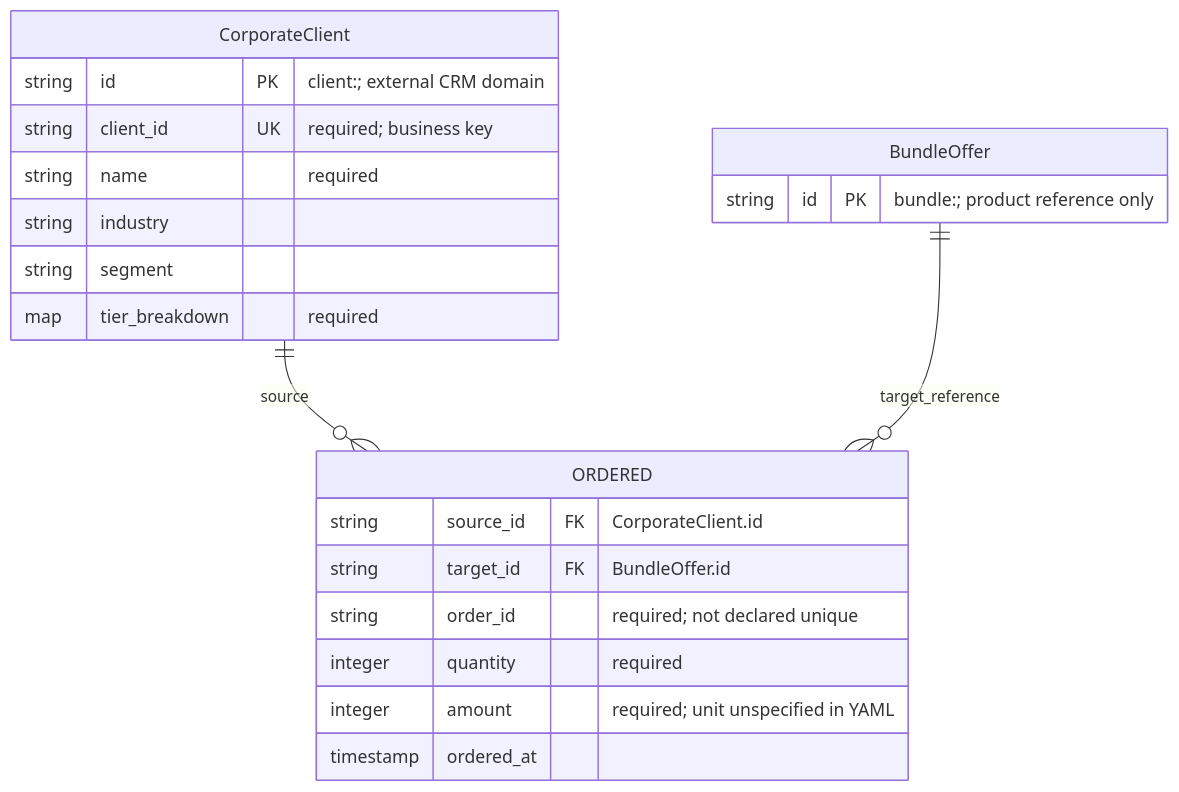
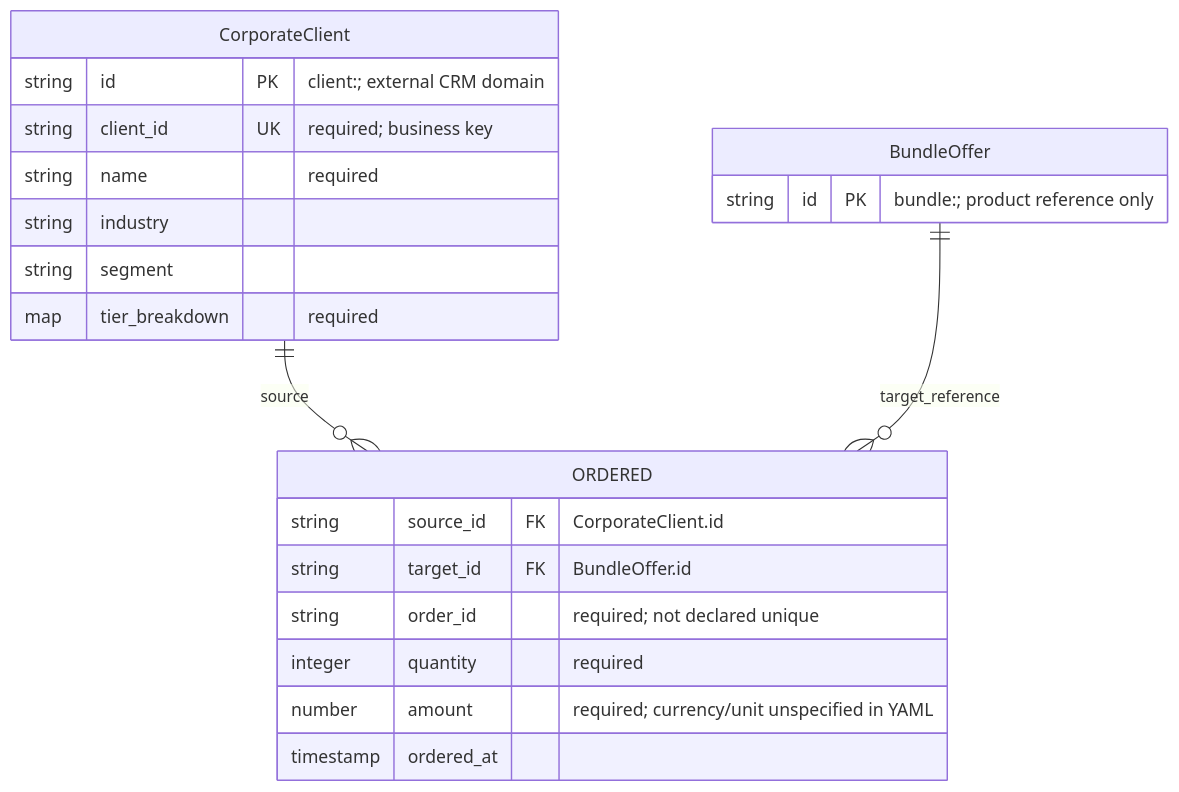
One commit to Freshair129/TN001B01-SmartGift changed the second of 2 diagrams in docs/specs/ERD-SMARTGIFT-GENESISBLOCK.md. Above: the diagram before and after it, drawn with Mermaid. The commit also changed other lines of this file, not shown here.

First line of the commit message:
docs(erd): review pass 0.1.1b — fix ORDERED.amount type, add schema notes

````diff
--- a/docs/specs/ERD-SMARTGIFT-GENESISBLOCK.md
+++ b/docs/specs/ERD-SMARTGIFT-GENESISBLOCK.md
@@ -136,24 +139,24 @@
 ```mermaid
 erDiagram
     CorporateClient ||--o{ ORDERED : source
     BundleOffer ||--o{ ORDERED : target_reference
     CorporateClient {
         string id PK "client:; external CRM domain"
         string client_id UK "required; business key"
         string name "required"
         string industry
         string segment
         map tier_breakdown "required"
     }
     ORDERED {
         string source_id FK "CorporateClient.id"
         string target_id FK "BundleOffer.id"
         string order_id "required; not declared unique"
         integer quantity "required"
-        integer amount "required; unit unspecified in YAML"
+        number amount "required; currency/unit unspecified in YAML"
         timestamp ordered_at
     }
     BundleOffer {
         string id PK "bundle:; product reference only"
     }
 ```
````
